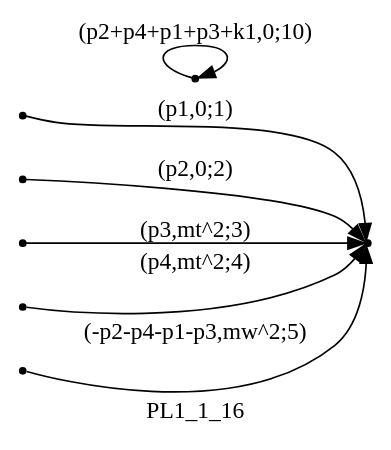
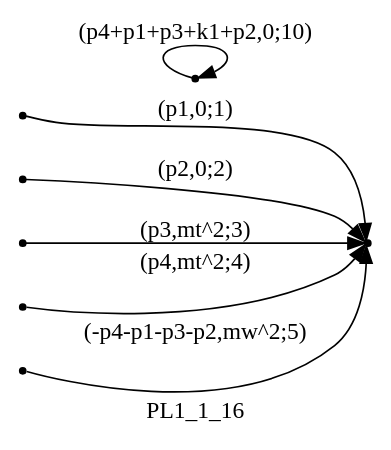
Before and after one commit to UsHnBaGp/Wtt: the diagram in 1loopAmplitude/Reduze/graphs/PL1/all/PL1_1_16.dot, drawn with Graphviz. The commit also changed 172 other files, not shown here.

```diff
--- a/1loopAmplitude/Reduze/graphs/PL1/all/PL1_1_16.dot
+++ b/1loopAmplitude/Reduze/graphs/PL1/all/PL1_1_16.dot
@@ -1,20 +1,20 @@
 digraph PL1_1_16 {
   label="PL1_1_16";
   rankdir="LR";
   subgraph edges {
     -1 -> 1 [label="(p1,0;1)"];
     -2 -> 1 [label="(p2,0;2)"];
     -3 -> 1 [label="(p3,mt^2;3)"];
     -4 -> 1 [label="(p4,mt^2;4)"];
-    -5 -> 1 [label="(-p2-p4-p1-p3,mw^2;5)"];
-    2 -> 2 [label="(p2+p4+p1+p3+k1,0;10)"];
+    -5 -> 1 [label="(-p4-p1-p3-p2,mw^2;5)"];
+    2 -> 2 [label="(p4+p1+p3+k1+p2,0;10)"];
   }
   subgraph incoming { rank="source"; -1; -2; -3; -4; -5; }
 -5 [shape=point];
 -4 [shape=point];
 -3 [shape=point];
 -2 [shape=point];
 -1 [shape=point];
 1 [shape=point];
 2 [shape=point];
 }
```
